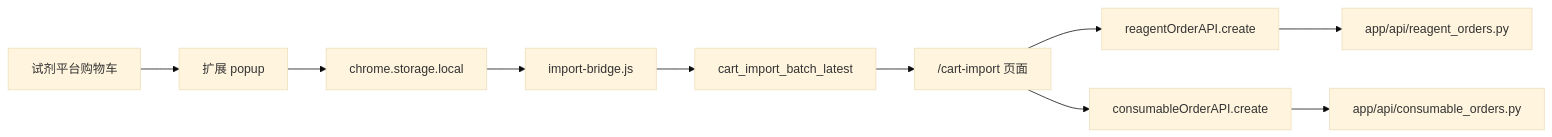
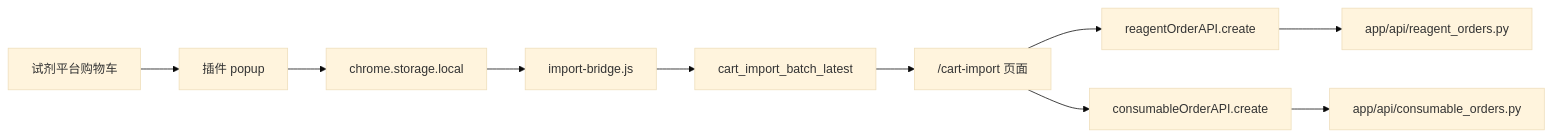
Before and after one commit to hzb666/LabStorageManager: the third of 4 diagrams in wiki/overview/business-flows.md, drawn with Mermaid (base theme). The commit also changed other lines of this file and 298 other files, not shown here.

````diff
--- a/wiki/overview/business-flows.md
+++ b/wiki/overview/business-flows.md
@@ -42,12 +42,12 @@
 ```mermaid
 flowchart LR
-    Cart["试剂平台购物车"] --> Popup["扩展 popup"]
+    Cart["试剂平台购物车"] --> Popup["插件 popup"]
     Popup --> Storage["chrome.storage.local"]
     Storage --> Bridge["import-bridge.js"]
     Bridge --> PageCache["cart_import_batch_latest"]
     PageCache --> Import["/cart-import 页面"]
     Import --> ReagentApi["reagentOrderAPI.create"]
     Import --> ConsumableApi["consumableOrderAPI.create"]
     ReagentApi --> ReagentOrders["app/api/reagent_orders.py"]
     ConsumableApi --> ConsumableOrders["app/api/consumable_orders.py"]
 ```
````
